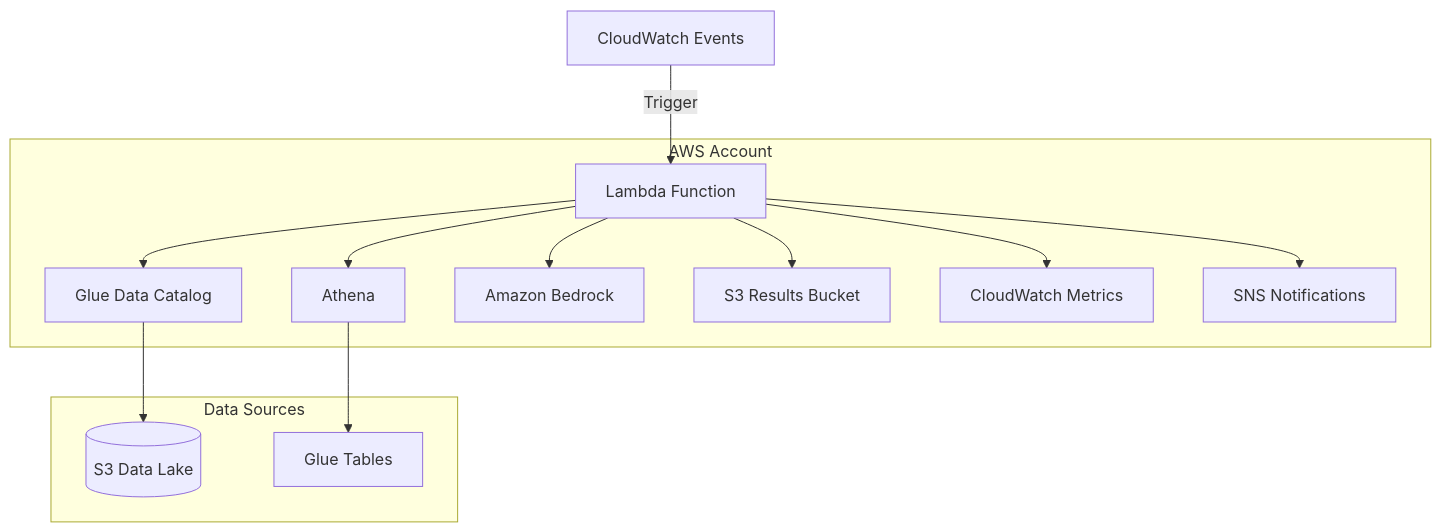
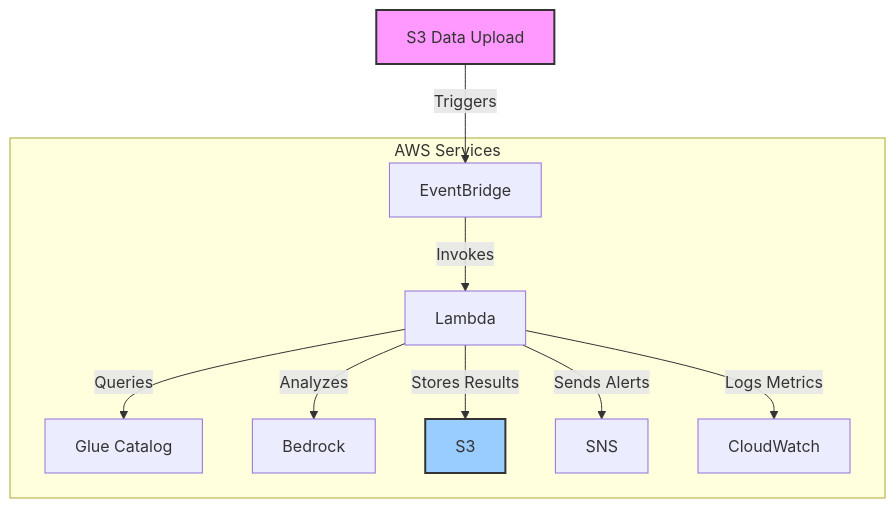
One commit to ninjin-nerguidavaa/aws-bedrock-ai-data-quality changed the diagram in README.md. Above: the diagram before and after it, drawn with Mermaid. The commit also changed other lines of this file and 3 other files, not shown here.

Commit message:
feat: Update documentation for AWS Data Quality Bots, enhancing setup instructions and data quality test cases

````diff
--- a/README.md
+++ b/README.md
@@ -21,28 +17,23 @@
 ```mermaid
 graph TD
-    A[CloudWatch Events] -->|Trigger| B[Lambda Function]
-    B --> C[Glue Data Catalog]
-    B --> D[Athena]
-    B --> E[Amazon Bedrock]
-    B --> F[S3 Results Bucket]
-    B --> G[CloudWatch Metrics]
-    B --> H[SNS Notifications]
+    A[S3 Data Upload] -->|Triggers| B[EventBridge Rule]
+    B -->|Invokes| C[Lambda Function]
+    C -->|Queries| D[Glue Data Catalog]
+    C -->|Analyzes| E[Amazon Bedrock]
+    C -->|Stores Results| F[(S3 Bucket)]
+    C -->|Sends Alerts| G[SNS Topics]
+    C -->|Logs Metrics| H[CloudWatch]
     
-    subgraph "AWS Account"
-        B
-        C
-        D
-        E
-        F
-        G
-        H
+    subgraph "AWS Services"
+        B[EventBridge]
+        C[Lambda]
+        D[Glue Catalog]
+        E[Bedrock]
+        F[S3]
+        G[SNS]
+        H[CloudWatch]
     end
     
-    subgraph "Data Sources"
-        I[(S3 Data Lake)]
-        J[Glue Tables]
-    end
-    
-    C --> I
-    D --> J
+    style A fill:#f9f,stroke:#333,stroke-width:2px
+    style F fill:#9cf,stroke:#333,stroke-width:2px
 ```
````
